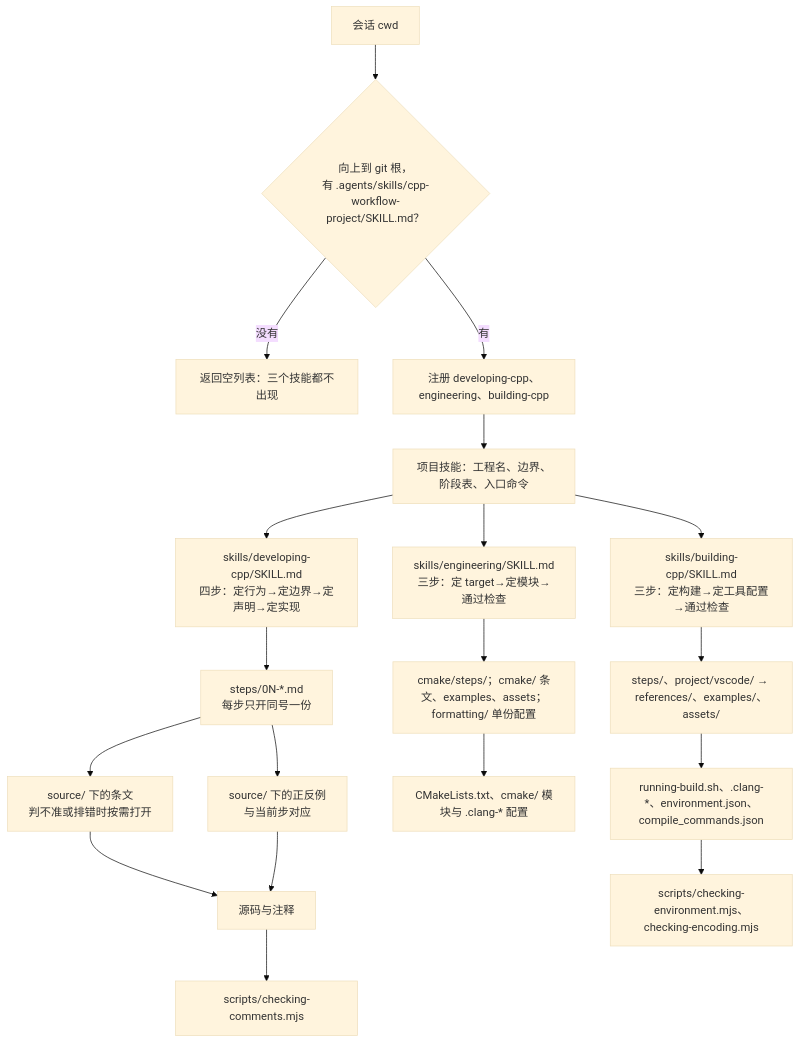
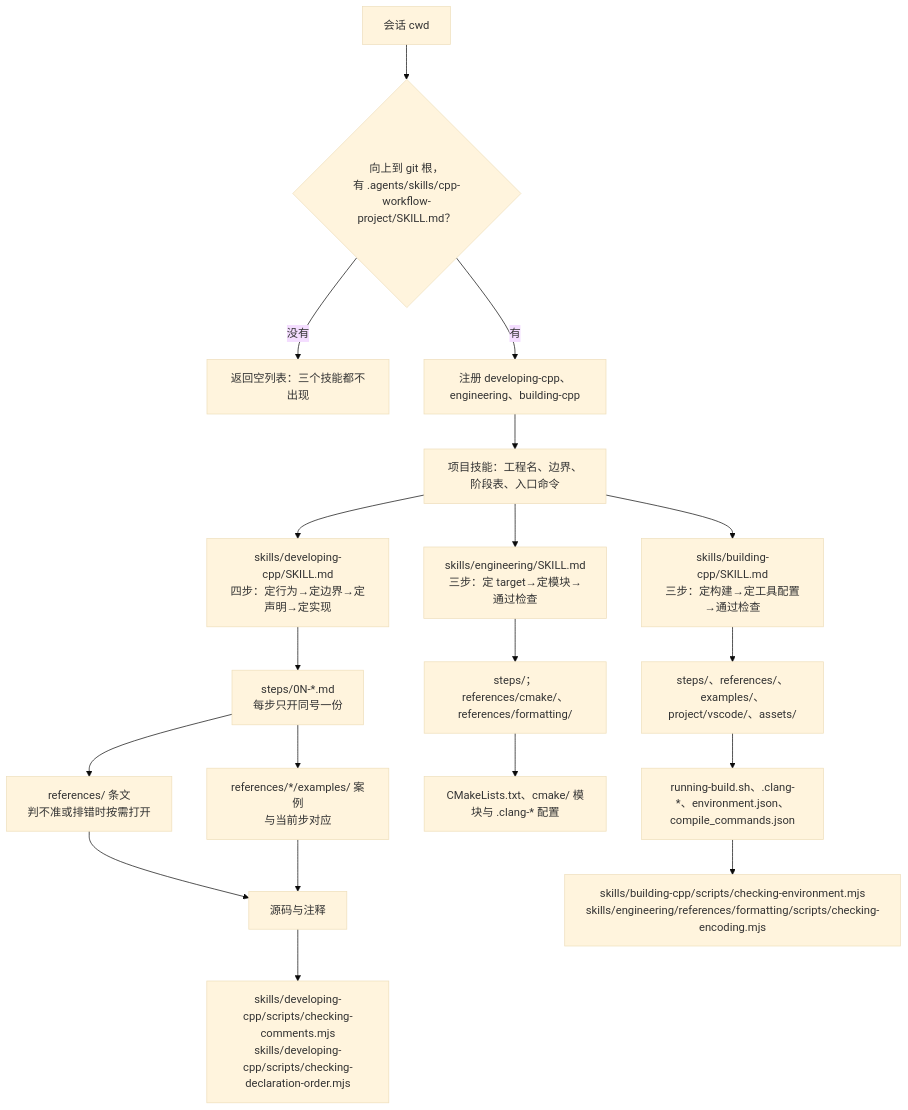
The diagram in docs/architecture.md (chengzhao-dev/dsh-cpp-workflow), drawn with Mermaid (base theme) before and after one commit. The commit also changed other lines of this file and 276 other files, not shown here.

````diff
--- a/docs/architecture.md
+++ b/docs/architecture.md
@@ -7,21 +7,21 @@
 ```mermaid
 flowchart TD
     A["会话 cwd"] --> B{"向上到 git 根，<br/>有 .agents/skills/cpp-workflow-project/SKILL.md？"}
     B -- 没有 --> C["返回空列表：三个技能都不出现"]
     B -- 有 --> D["注册 developing-cpp、engineering、building-cpp"]
     D --> E["项目技能：工程名、边界、阶段表、入口命令"]
     E --> F["skills/developing-cpp/SKILL.md<br/>四步：定行为→定边界→定声明→定实现"]
     F --> G["steps/0N-*.md<br/>每步只开同号一份"]
-    G --> H["source/ 下的条文<br/>判不准或排错时按需打开"]
-    G --> I["source/ 下的正反例<br/>与当前步对应"]
+    G --> H["references/ 条文<br/>判不准或排错时按需打开"]
+    G --> I["references/*/examples/ 案例<br/>与当前步对应"]
     H --> J["源码与注释"]
     I --> J
-    J --> K["scripts/checking-comments.mjs"]
+    J --> K["skills/developing-cpp/scripts/checking-comments.mjs<br/>skills/developing-cpp/scripts/checking-declaration-order.mjs"]
     E --> L["skills/engineering/SKILL.md<br/>三步：定 target→定模块→通过检查"]
-    L --> M["cmake/steps/；cmake/ 条文、examples、assets；formatting/ 单份配置"]
+    L --> M["steps/；references/cmake/、references/formatting/"]
     M --> N["CMakeLists.txt、cmake/ 模块与 .clang-* 配置"]
     E --> O["skills/building-cpp/SKILL.md<br/>三步：定构建→定工具配置→通过检查"]
-    O --> P["steps/、project/vscode/ → references/、examples/、assets/"]
+    O --> P["steps/、references/、examples/、project/vscode/、assets/"]
     P --> Q["running-build.sh、.clang-*、environment.json、compile_commands.json"]
-    Q --> R["scripts/checking-environment.mjs、checking-encoding.mjs"]
+    Q --> R["skills/building-cpp/scripts/checking-environment.mjs<br/>skills/engineering/references/formatting/scripts/checking-encoding.mjs"]
 ```
````
